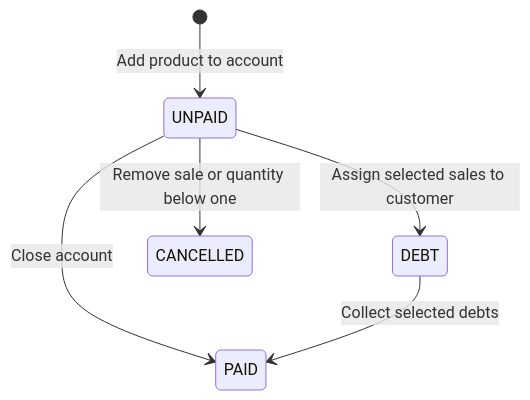
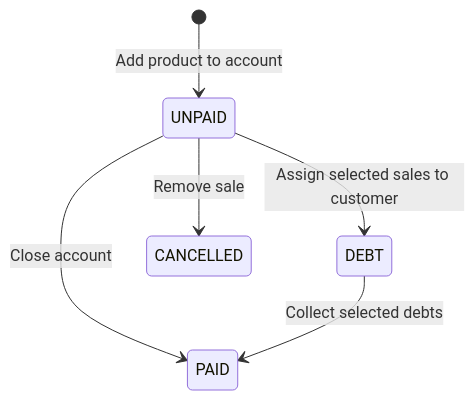
Before and after one commit to lm-vicente-j/comal-core: the diagram in docs/business-rules.md, drawn with Mermaid. The commit also changed other lines of this file and 28 other files, not shown here.

````diff
--- a/docs/business-rules.md
+++ b/docs/business-rules.md
@@ -103,8 +108,8 @@
 ```mermaid
 stateDiagram-v2
     [*] --> UNPAID: Add product to account
     UNPAID --> PAID: Close account
     UNPAID --> DEBT: Assign selected sales to customer
-    UNPAID --> CANCELLED: Remove sale or quantity below one
+    UNPAID --> CANCELLED: Remove sale
     DEBT --> PAID: Collect selected debts
 ```
````
